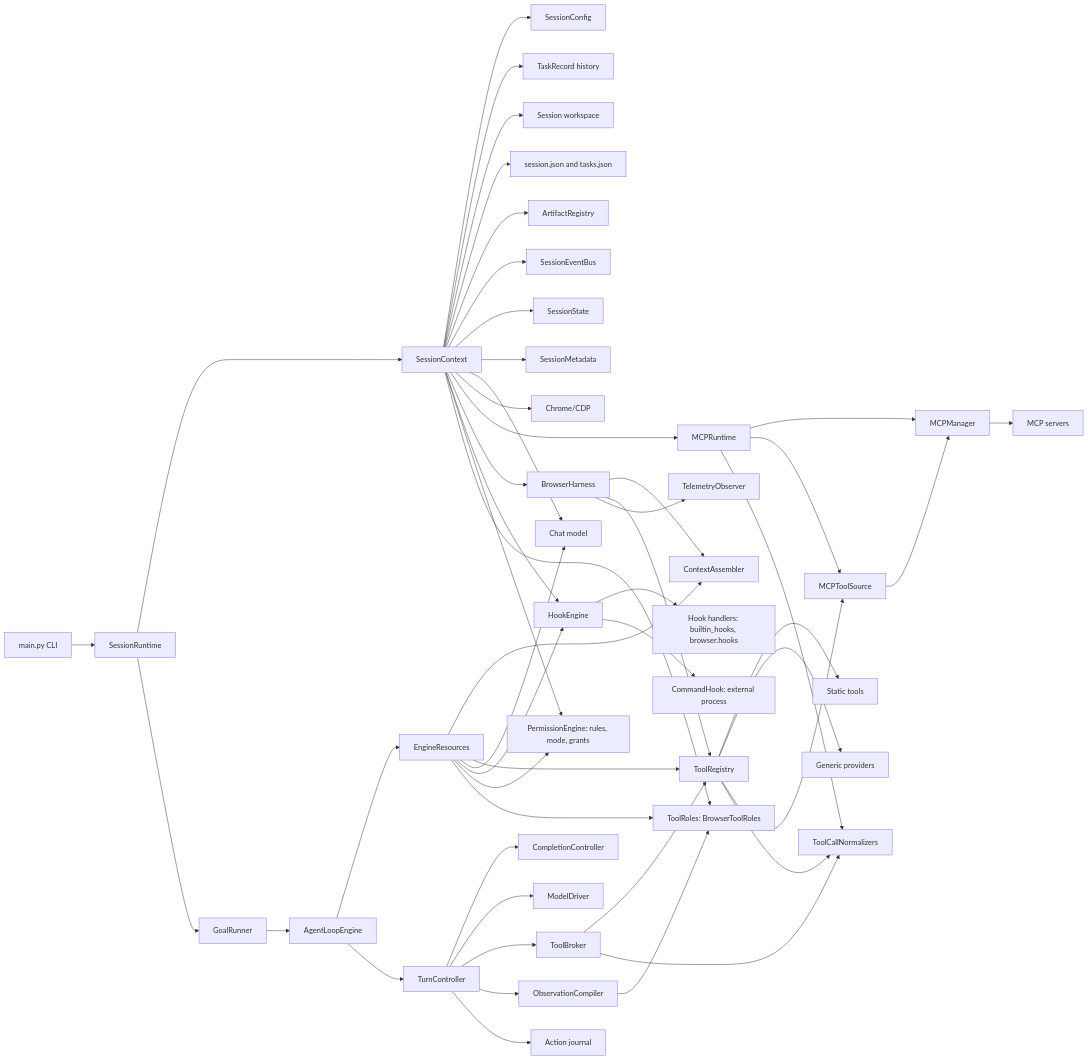
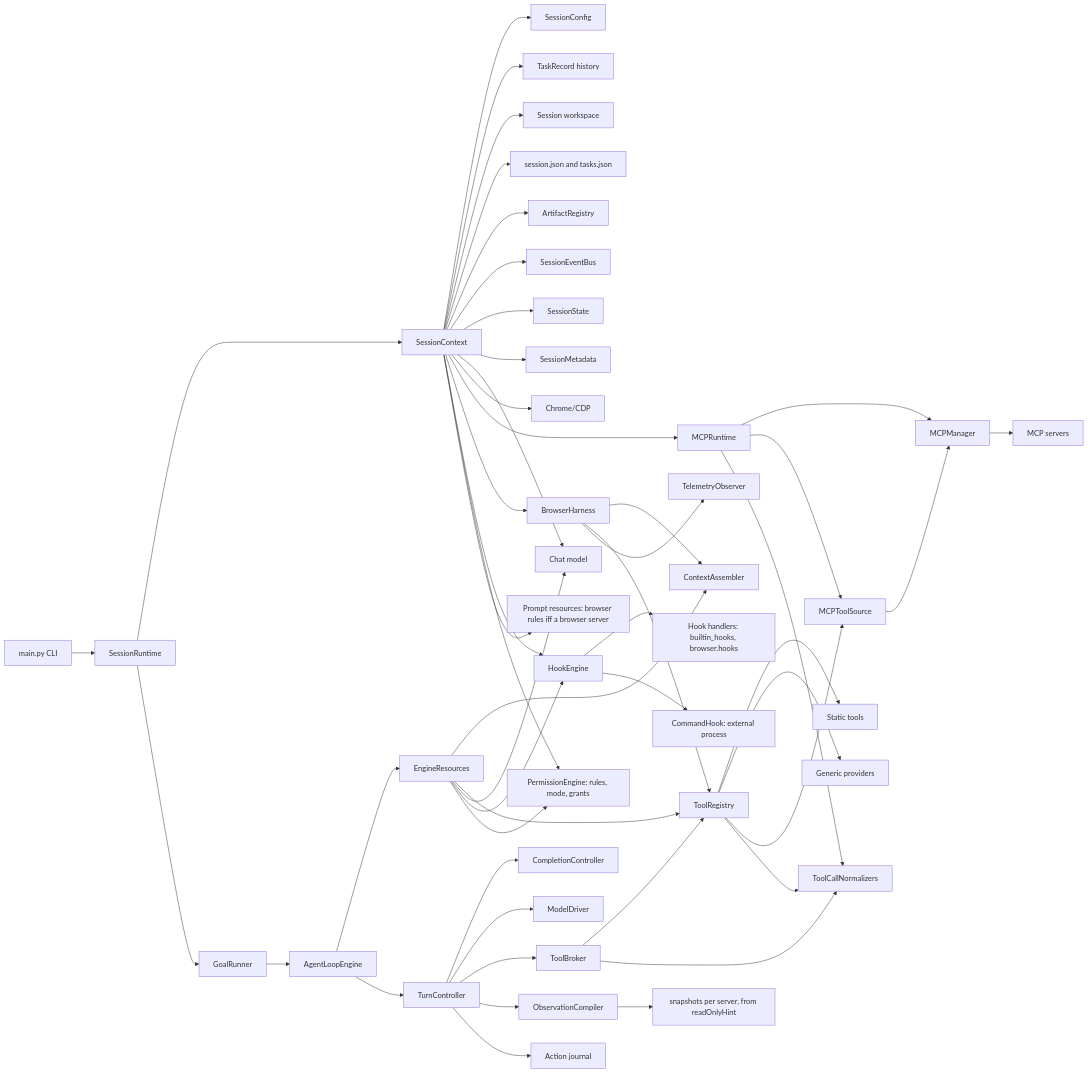
One commit to Hastur456/AutoBrowser changed the diagram in docs/diagrams/harness-boundaries.md. Above: the diagram before and after it, drawn with Mermaid. The commit also changed other lines of this file and 13 other files, not shown here.

````diff
--- a/docs/diagrams/harness-boundaries.md
+++ b/docs/diagrams/harness-boundaries.md
@@ -8,52 +8,51 @@
 ```mermaid
 flowchart LR
   CLI[main.py CLI] --> Session[SessionRuntime]
   Session --> SessionCtx[SessionContext]
   SessionCtx --> Config[SessionConfig]
   SessionCtx --> Tasks[TaskRecord history]
   SessionCtx --> Workspace[Session workspace]
   SessionCtx --> SessionFiles[session.json and tasks.json]
   SessionCtx --> Artifacts[ArtifactRegistry]
   SessionCtx --> Events[SessionEventBus]
   SessionCtx --> State[SessionState]
   SessionCtx --> Metadata[SessionMetadata]
   SessionCtx --> LLM[Chat model]
   SessionCtx --> Chrome[Chrome/CDP]
   SessionCtx --> MCPRuntime[MCPRuntime]
   SessionCtx --> Harness[BrowserHarness]
   SessionCtx --> Hooks[HookEngine]
   SessionCtx --> Permissions[PermissionEngine: rules, mode, grants]
-  SessionCtx --> Roles[ToolRoles: BrowserToolRoles]
+  SessionCtx --> PromptRes[Prompt resources: browser rules iff a browser server]
   Hooks --> HookHandlers[Hook handlers: builtin_hooks, browser.hooks]
   Hooks --> CommandHooks[CommandHook: external process]
   MCPRuntime --> Manager[MCPManager]
   MCPRuntime --> ToolSource[MCPToolSource]
   MCPRuntime --> Normalizers[ToolCallNormalizers]
   Manager --> MCP[MCP servers]
   Session --> GoalRunner[GoalRunner]
   GoalRunner --> Engine[AgentLoopEngine]
   Harness --> ContextAssembler[ContextAssembler]
   Harness --> Tools[ToolRegistry]
   Harness --> Telemetry[TelemetryObserver]
   Engine --> Resources[EngineResources]
   Resources --> ContextAssembler
   Resources --> Tools
   Resources --> LLM
   Resources --> Hooks
   Resources --> Permissions
-  Resources --> Roles
   Tools --> StaticTools[Static tools]
   Tools --> Providers[Generic providers]
   Tools --> ToolSource
   Tools --> Normalizers
   ToolSource --> Manager
   Engine --> TurnController[TurnController]
   TurnController --> Completion[CompletionController]
   TurnController --> ModelDriver[ModelDriver]
   TurnController --> ToolBroker[ToolBroker]
   TurnController --> ObsCompiler[ObservationCompiler]
-  ObsCompiler --> Roles
+  ObsCompiler --> Snapshots[snapshots per server, from readOnlyHint]
   ToolBroker --> Tools
   ToolBroker --> Normalizers
   TurnController --> Journal[Action journal]
 ```
````
